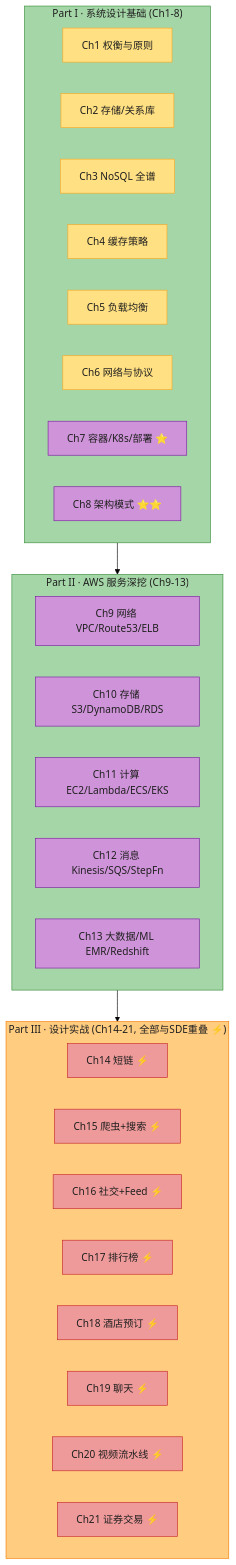
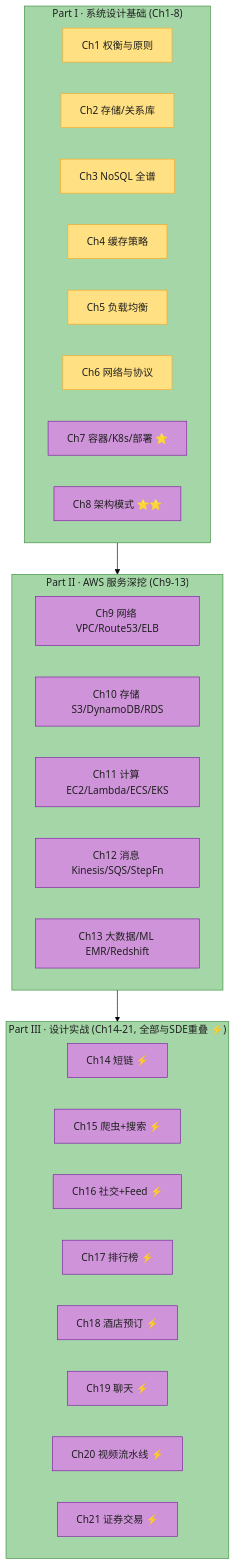
One commit to Zihe33Huang/system_design changed the fourth of 4 diagrams in README.md. Above: the diagram before and after it, drawn with Mermaid (forest theme). The commit also changed other lines of this file and 8 other files, not shown here.

````diff
--- a/README.md
+++ b/README.md
@@ -217,57 +217,57 @@
 ```mermaid
 graph TB
     subgraph P1["Part I · 系统设计基础 (Ch1-8)"]
         A1["Ch1 权衡与原则"]
         A2["Ch2 存储/关系库"]
         A3["Ch3 NoSQL 全谱"]
         A4["Ch4 缓存策略"]
         A5["Ch5 负载均衡"]
         A6["Ch6 网络与协议"]
         A7["Ch7 容器/K8s/部署 ⭐"]
         A8["Ch8 架构模式 ⭐⭐"]
     end
     subgraph P2["Part II · AWS 服务深挖 (Ch9-13)"]
         B1["Ch9 网络 VPC/Route53/ELB"]
         B2["Ch10 存储 S3/DynamoDB/RDS"]
         B3["Ch11 计算 EC2/Lambda/ECS/EKS"]
         B4["Ch12 消息 Kinesis/SQS/StepFn"]
         B5["Ch13 大数据/ML EMR/Redshift"]
     end
     subgraph P3["Part III · 设计实战 (Ch14-21, 全部与SDE重叠 ⚡)"]
         C1["Ch14 短链 ⚡"]
         C2["Ch15 爬虫+搜索 ⚡"]
         C3["Ch16 社交+Feed ⚡"]
         C4["Ch17 排行榜 ⚡"]
         C5["Ch18 酒店预订 ⚡"]
         C6["Ch19 聊天 ⚡"]
         C7["Ch20 视频流水线 ⚡"]
         C8["Ch21 证券交易 ⚡"]
     end
     P1 --> P2
     P2 --> P3
 
     style P1 fill:#A5D6A7,stroke:#388E3C,color:#1f1f1f
     style P2 fill:#A5D6A7,stroke:#388E3C,color:#1f1f1f
-    style P3 fill:#FFCC80,stroke:#F57C00,color:#1f1f1f
+    style P3 fill:#A5D6A7,stroke:#388E3C,color:#1f1f1f
     style A1 fill:#FFE082,stroke:#F9A825,color:#1f1f1f
     style A2 fill:#FFE082,stroke:#F9A825,color:#1f1f1f
     style A3 fill:#FFE082,stroke:#F9A825,color:#1f1f1f
     style A4 fill:#FFE082,stroke:#F9A825,color:#1f1f1f
     style A5 fill:#FFE082,stroke:#F9A825,color:#1f1f1f
     style A6 fill:#FFE082,stroke:#F9A825,color:#1f1f1f
     style A7 fill:#CE93D8,stroke:#7B1FA2,color:#1f1f1f
     style A8 fill:#CE93D8,stroke:#7B1FA2,color:#1f1f1f
     style B1 fill:#CE93D8,stroke:#7B1FA2,color:#1f1f1f
     style B2 fill:#CE93D8,stroke:#7B1FA2,color:#1f1f1f
     style B3 fill:#CE93D8,stroke:#7B1FA2,color:#1f1f1f
     style B4 fill:#CE93D8,stroke:#7B1FA2,color:#1f1f1f
     style B5 fill:#CE93D8,stroke:#7B1FA2,color:#1f1f1f
-    style C1 fill:#EF9A9A,stroke:#C62828,color:#1f1f1f
-    style C2 fill:#EF9A9A,stroke:#C62828,color:#1f1f1f
-    style C3 fill:#EF9A9A,stroke:#C62828,color:#1f1f1f
-    style C4 fill:#EF9A9A,stroke:#C62828,color:#1f1f1f
-    style C5 fill:#EF9A9A,stroke:#C62828,color:#1f1f1f
-    style C6 fill:#EF9A9A,stroke:#C62828,color:#1f1f1f
-    style C7 fill:#EF9A9A,stroke:#C62828,color:#1f1f1f
-    style C8 fill:#EF9A9A,stroke:#C62828,color:#1f1f1f
+    style C1 fill:#CE93D8,stroke:#7B1FA2,color:#1f1f1f
+    style C2 fill:#CE93D8,stroke:#7B1FA2,color:#1f1f1f
+    style C3 fill:#CE93D8,stroke:#7B1FA2,color:#1f1f1f
+    style C4 fill:#CE93D8,stroke:#7B1FA2,color:#1f1f1f
+    style C5 fill:#CE93D8,stroke:#7B1FA2,color:#1f1f1f
+    style C6 fill:#CE93D8,stroke:#7B1FA2,color:#1f1f1f
+    style C7 fill:#CE93D8,stroke:#7B1FA2,color:#1f1f1f
+    style C8 fill:#CE93D8,stroke:#7B1FA2,color:#1f1f1f
 ```
````
